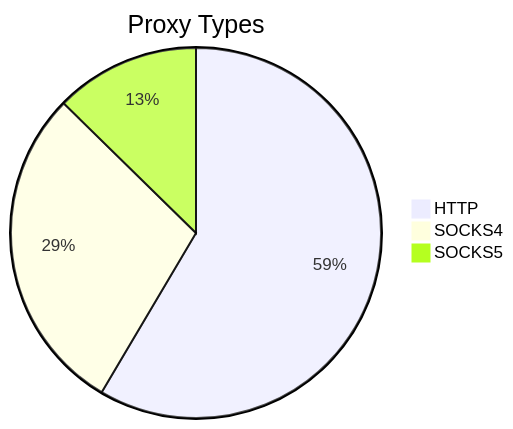
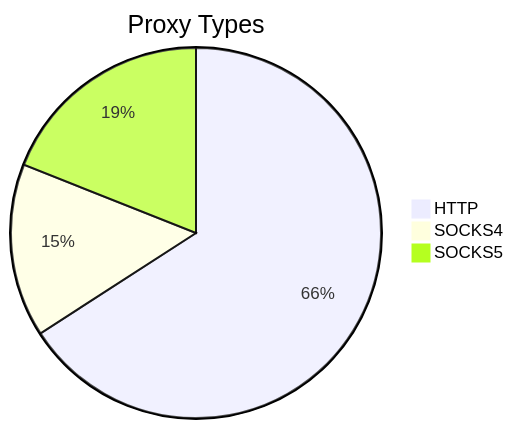
The first of 2 diagrams in README.md (stormsia/proxy-list), drawn with Mermaid before and after one commit. The commit also changed other lines of this file, not shown here.

````diff
--- a/README.md
+++ b/README.md
@@ -21,6 +21,6 @@
 ```mermaid
 pie title Proxy Types
-    "HTTP" : 416
-    "SOCKS4" : 205
-    "SOCKS5" : 90
+    "HTTP" : 222
+    "SOCKS4" : 51
+    "SOCKS5" : 64
 ```
````
